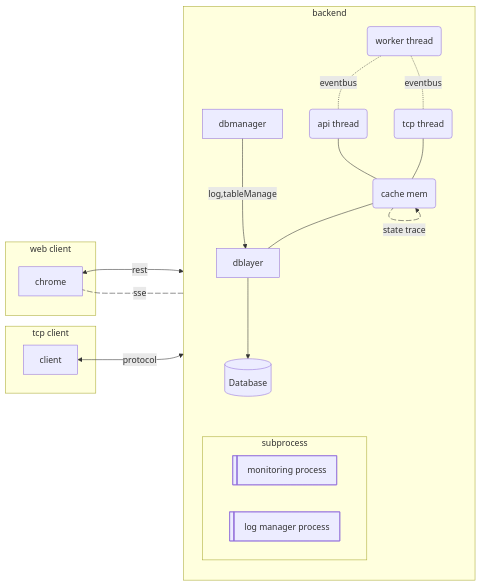
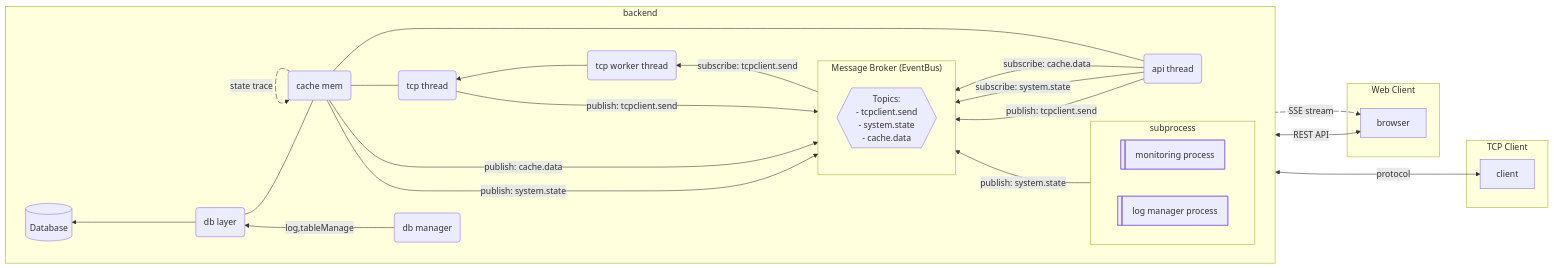
The diagram in README.md (Jaeun-Choi98/app-folder-template), drawn with Mermaid before and after one commit.

````diff
--- a/README.md
+++ b/README.md
@@ -34,28 +34,63 @@
 ```mermaid
-flowchart RL
+flowchart LR
     subgraph backend
-        direction TB
+        direction RL
+        
         subgraph subprocess
-            direction LR
+            direction RL
             health@{ shape: lin-rect, label: "monitoring process" }
             log@{ shape: lin-rect, label: "log manager process" }
         end
-        tcp(tcp thread) --- cache
-        api(api thread) --- cache(cache mem)
-        worker(worker thread) -.-|eventbus| tcp
-        worker -.-|eventbus| api
-        cache cache@---> |state trace|cache
+        
+        subgraph message_broker["Message Broker (EventBus)"]
+            direction TB
+            topics["Topics:<br/>- tcpclient.send<br/>- system.state<br/>- cache.data"]
+            topics@{ shape: hex }
+        end
+        
+        tcp(tcp thread)
+        api(api thread)
+        worker(tcp worker thread)
+        cache(cache mem)
+        dblayer(db layer)
+        dbmanager(db manager)
+        
+        %% API 흐름
+        api -->|subscribe: cache.data| message_broker
+        api -->|subscribe: system.state| message_broker
+        api -->|publish: tcpclient.send| message_broker
+        api --- cache
+        
+        %% TCP 흐름
+        tcp -->|publish: tcpclient.send| message_broker
+        tcp --- cache
+        worker --> tcp
+
+        %% Worker 흐름
+        message_broker -->|subscribe: tcpclient.send| worker
+        
+        %% Cache 흐름
+        cache -->|publish: cache.data| message_broker
+        cache -->|publish: system.state| message_broker
+        cache --- dblayer
+        cache cache@--> |state trace|cache
         cache@{ animate: true }
-        cache --- dblayer
+        
+        %% DB 흐름
         dblayer ---> DB@{ shape: cyl, label: "Database" }
         dbmanager --->|log,tableManage| dblayer
     end
-    subgraph tcp client
+    
+    subgraph tcp_client["TCP Client"]
+        client[client]
         tcp <--->|protocol| client
     end
-    subgraph web client
-        chrome sse@<---|sse| api
-        api rest@<-->|rest| chrome
+    
+    subgraph web_client["Web Client"]
+        chrome[browser]
+        api sse@-->|SSE stream| chrome
+        api <-->|REST API| chrome
         sse@{ animate: true }
     end
+    health --> |publish: system.state| message_broker
 ```
````
